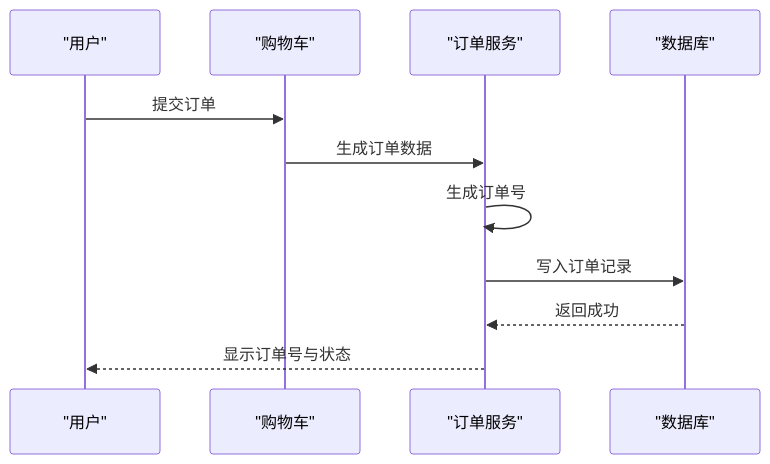
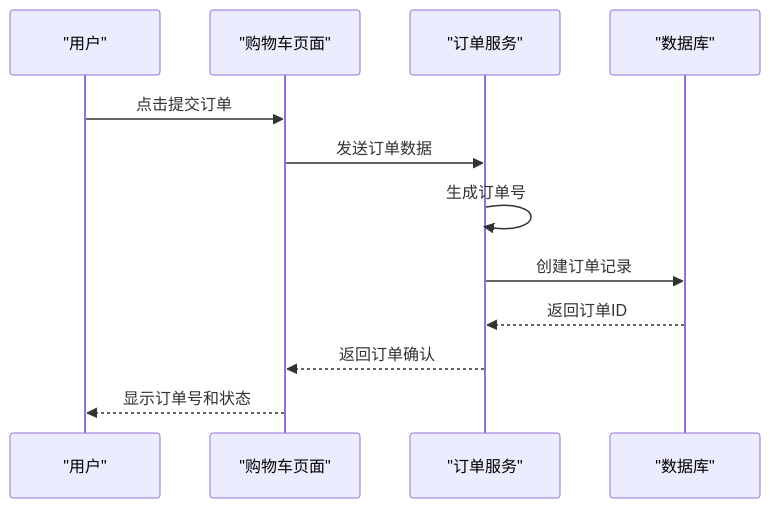
One commit to three3638-arch/celestia_2b changed the eighth of 9 diagrams in .qoder/repowiki/zh/content/前台商店系统/前台商店系统.md. Above: the diagram before and after it, drawn with Mermaid. The commit also changed other lines of this file and 17 other files, not shown here.

````diff
--- a/.qoder/repowiki/zh/content/前台商店系统/前台商店系统.md
+++ b/.qoder/repowiki/zh/content/前台商店系统/前台商店系统.md
@@ -226,13 +435,14 @@
 ```mermaid
 sequenceDiagram
 participant User as "用户"
-participant Cart as "购物车"
-participant Order as "订单服务"
-participant DB as "数据库"
-User->>Cart : 提交订单
-Cart->>Order : 生成订单数据
-Order->>Order : 生成订单号
-Order->>DB : 写入订单记录
-DB-->>Order : 返回成功
-Order-->>User : 显示订单号与状态
+participant Cart as "购物车页面"
+participant OrderService as "订单服务"
+participant Database as "数据库"
+User->>Cart : 点击提交订单
+Cart->>OrderService : 发送订单数据
+OrderService->>OrderService : 生成订单号
+OrderService->>Database : 创建订单记录
+Database-->>OrderService : 返回订单ID
+OrderService-->>Cart : 返回订单确认
+Cart-->>User : 显示订单号和状态
 ```
````
